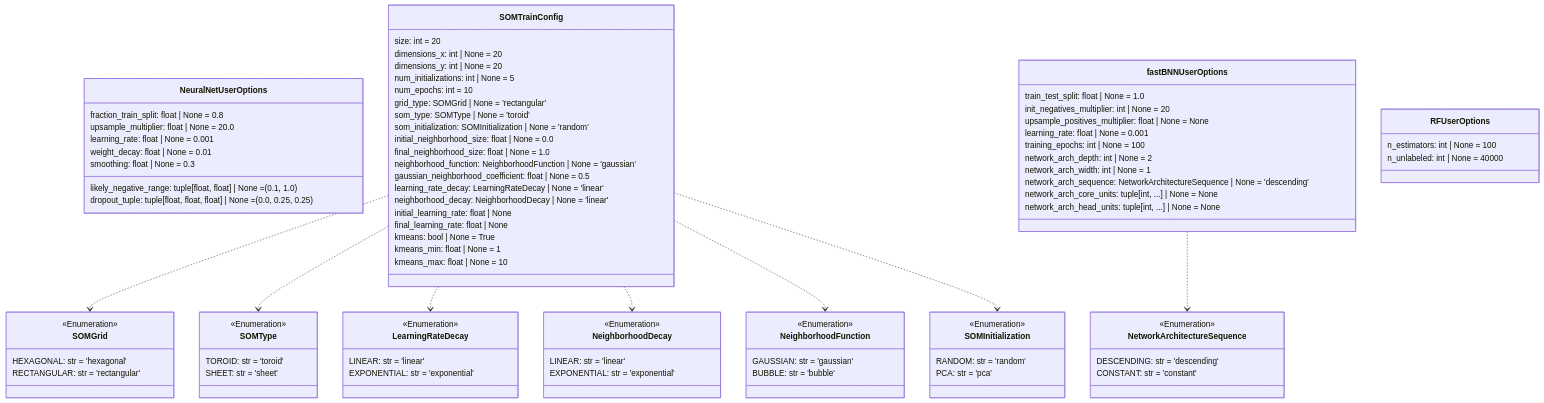
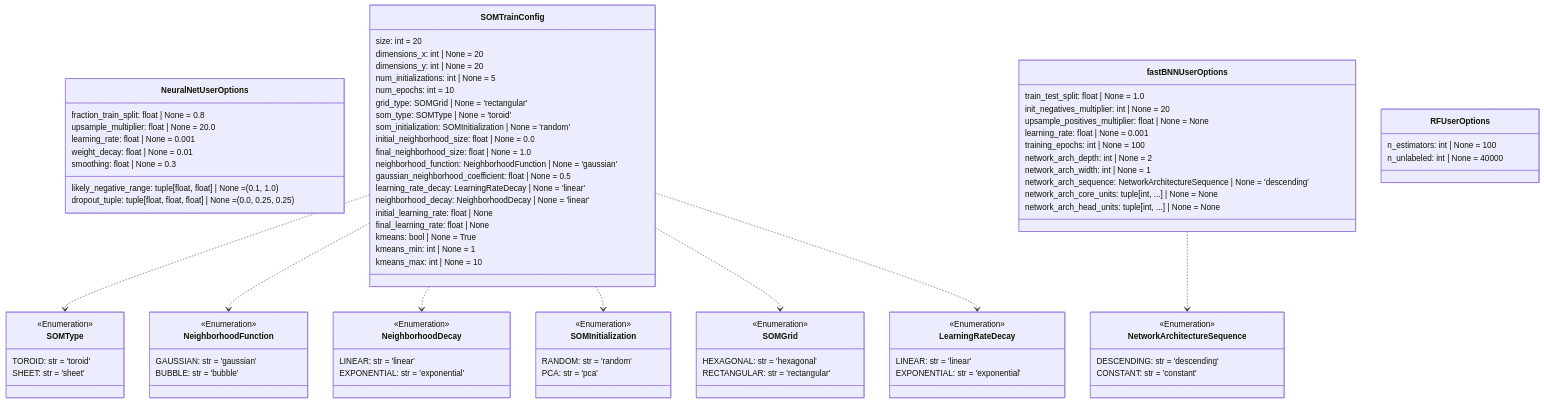
Before and after one commit to DARPA-CRITICALMAAS/cdr_schemas: diagram 14 of 14 in README.md, drawn with Mermaid. The commit also changed other lines of this file and 1 other file, not shown here.

Commit message:
Datatype Changes for SOM

````diff
--- a/README.md
+++ b/README.md
@@ -1304,5 +1304,11 @@
 ```mermaid
 classDiagram
+
+    class SOMType {
+        <<Enumeration>>
+        TOROID: str = 'toroid'
+        SHEET: str = 'sheet'
+    }
 
     class NeuralNetUserOptions {
         likely_negative_range: tuple[float, float] | None = (0.1, 1.0)
@@ -1314,10 +1320,28 @@
         smoothing: float | None = 0.3
     }
 
-    class SOMType {
+    class NetworkArchitectureSequence {
         <<Enumeration>>
-        TOROID: str = 'toroid'
-        SHEET: str = 'sheet'
+        DESCENDING: str = 'descending'
+        CONSTANT: str = 'constant'
+    }
+
+    class SOMGrid {
+        <<Enumeration>>
+        HEXAGONAL: str = 'hexagonal'
+        RECTANGULAR: str = 'rectangular'
+    }
+
+    class NeighborhoodDecay {
+        <<Enumeration>>
+        LINEAR: str = 'linear'
+        EXPONENTIAL: str = 'exponential'
+    }
+
+    class LearningRateDecay {
+        <<Enumeration>>
+        LINEAR: str = 'linear'
+        EXPONENTIAL: str = 'exponential'
     }
 
     class SOMTrainConfig {
@@ -1338,38 +1362,8 @@
         initial_learning_rate: float | None
         final_learning_rate: float | None
         kmeans: bool | None = True
-        kmeans_min: float | None = 1
-        kmeans_max: float | None = 10
-    }
-
-    class LearningRateDecay {
-        <<Enumeration>>
-        LINEAR: str = 'linear'
-        EXPONENTIAL: str = 'exponential'
-    }
-
-    class NetworkArchitectureSequence {
-        <<Enumeration>>
-        DESCENDING: str = 'descending'
-        CONSTANT: str = 'constant'
-    }
-
-    class NeighborhoodDecay {
-        <<Enumeration>>
-        LINEAR: str = 'linear'
-        EXPONENTIAL: str = 'exponential'
-    }
-
-    class NeighborhoodFunction {
-        <<Enumeration>>
-        GAUSSIAN: str = 'gaussian'
-        BUBBLE: str = 'bubble'
-    }
-
-    class SOMGrid {
-        <<Enumeration>>
-        HEXAGONAL: str = 'hexagonal'
-        RECTANGULAR: str = 'rectangular'
+        kmeans_min: int | None = 1
+        kmeans_max: int | None = 10
     }
 
     class fastBNNUserOptions {
@@ -1385,6 +1379,12 @@
         network_arch_head_units: tuple[int, ...] | None = None
     }
 
+    class NeighborhoodFunction {
+        <<Enumeration>>
+        GAUSSIAN: str = 'gaussian'
+        BUBBLE: str = 'bubble'
+    }
+
     class SOMInitialization {
         <<Enumeration>>
         RANDOM: str = 'random'
@@ -1396,12 +1396,12 @@
         n_unlabeled: int | None = 40000
     }
 
+    SOMTrainConfig ..> SOMType
+    SOMTrainConfig ..> NeighborhoodFunction
+    SOMTrainConfig ..> NeighborhoodDecay
+    SOMTrainConfig ..> SOMInitialization
     SOMTrainConfig ..> SOMGrid
-    SOMTrainConfig ..> SOMType
     SOMTrainConfig ..> LearningRateDecay
-    SOMTrainConfig ..> NeighborhoodDecay
-    SOMTrainConfig ..> NeighborhoodFunction
-    SOMTrainConfig ..> SOMInitialization
     fastBNNUserOptions ..> NetworkArchitectureSequence
 
 
````
